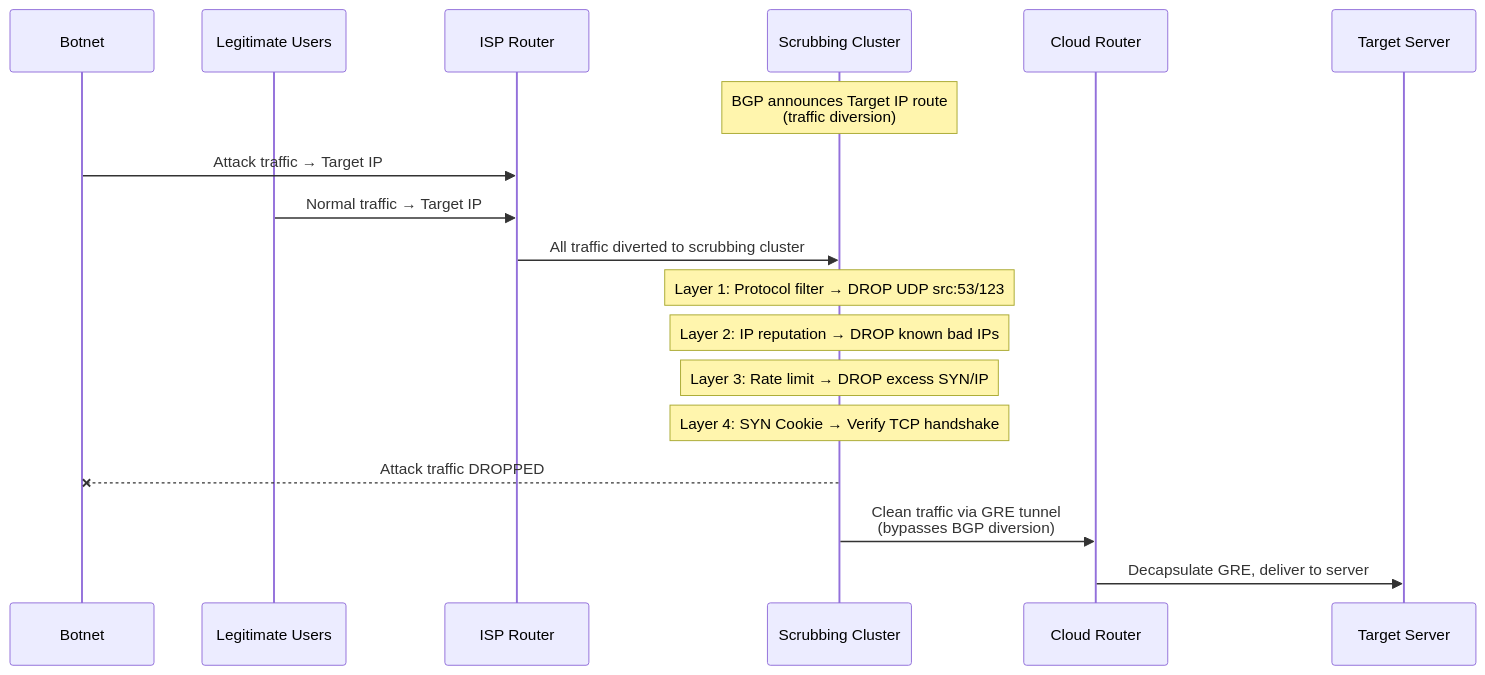
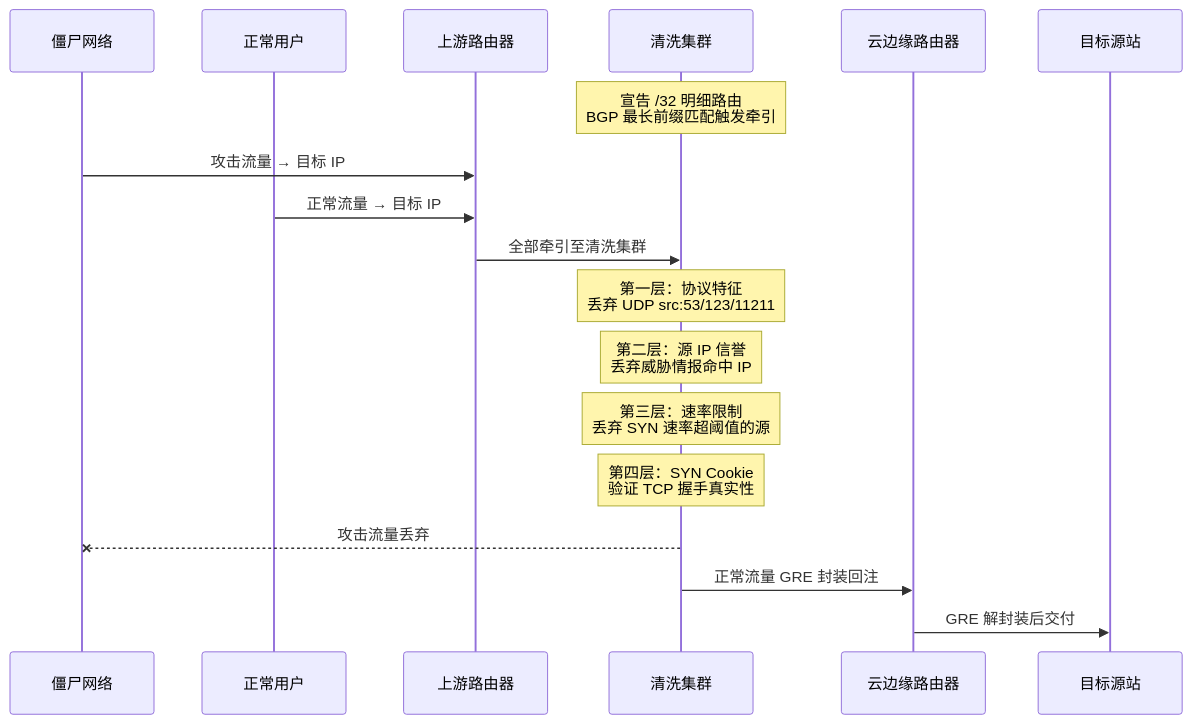
One commit to caozhiyi/network-book changed the third of 4 diagrams in docs/26.洪水来袭DDoS防护.md. Above: the diagram before and after it, drawn with Mermaid. The commit also changed other lines of this file and 36 other files, not shown here.

````diff
--- a/docs/26.洪水来袭DDoS防护.md
+++ b/docs/26.洪水来袭DDoS防护.md
@@ -145,25 +124,24 @@
 ```mermaid
 sequenceDiagram
-    participant Bot as Botnet
-    participant User as Legitimate Users
-    participant ISP as ISP Router
-    participant Scrub as Scrubbing Cluster
-    participant Router as Cloud Router
-    participant Server as Target Server
+    participant 僵尸机 as 僵尸网络
+    participant 正常 as 正常用户
+    participant 上游 as 上游路由器
+    participant 清洗 as 清洗集群
+    participant 云边缘 as 云边缘路由器
+    participant 源站 as 目标源站
 
-    Note over Scrub: BGP announces Target IP route<br/>(traffic diversion)
+    Note over 清洗: 宣告 /32 明细路由<br/>BGP 最长前缀匹配触发牵引
 
-    Bot->>ISP: Attack traffic → Target IP
-    User->>ISP: Normal traffic → Target IP
-    ISP->>Scrub: All traffic diverted to scrubbing cluster
+    僵尸机->>上游: 攻击流量 → 目标 IP
+    正常->>上游: 正常流量 → 目标 IP
+    上游->>清洗: 全部牵引至清洗集群
 
-    Note over Scrub: Layer 1: Protocol filter → DROP UDP src:53/123
-    Note over Scrub: Layer 2: IP reputation → DROP known bad IPs
-    Note over Scrub: Layer 3: Rate limit → DROP excess SYN/IP
-    Note over Scrub: Layer 4: SYN Cookie → Verify TCP handshake
+    Note over 清洗: 第一层：协议特征<br/>丢弃 UDP src:53/123/11211
+    Note over 清洗: 第二层：源 IP 信誉<br/>丢弃威胁情报命中 IP
+    Note over 清洗: 第三层：速率限制<br/>丢弃 SYN 速率超阈值的源
+    Note over 清洗: 第四层：SYN Cookie<br/>验证 TCP 握手真实性
 
-    Scrub--xBot: Attack traffic DROPPED
-
-    Scrub->>Router: Clean traffic via GRE tunnel<br/>(bypasses BGP diversion)
-    Router->>Server: Decapsulate GRE, deliver to server
+    清洗--x僵尸机: 攻击流量丢弃
+    清洗->>云边缘: 正常流量 GRE 封装回注
+    云边缘->>源站: GRE 解封装后交付
 ```
````
